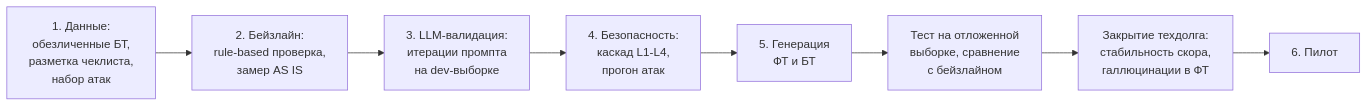
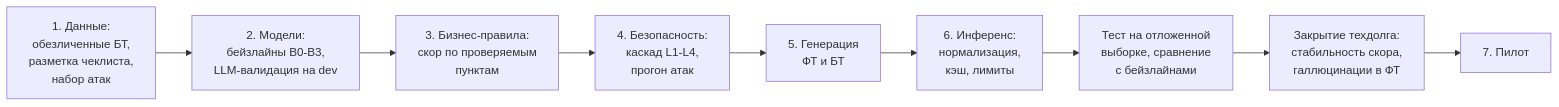
One commit to baton2809/ReqAssist2 changed the fourth of 5 diagrams in docs/ml_system_design_doc.md. Above: the diagram before and after it, drawn with Mermaid. The commit also changed other lines of this file and 1 other file, not shown here.

````diff
--- a/docs/ml_system_design_doc.md
+++ b/docs/ml_system_design_doc.md
@@ -340,10 +343,11 @@
 ```mermaid
 flowchart LR
-    S1[1. Данные:<br/>обезличенные БТ,<br/>разметка чеклиста,<br/>набор атак] --> S2[2. Бейзлайн:<br/>rule-based проверка,<br/>замер AS IS]
-    S2 --> S3[3. LLM-валидация:<br/>итерации промпта<br/>на dev-выборке]
+    S1[1. Данные:<br/>обезличенные БТ,<br/>разметка чеклиста,<br/>набор атак] --> S2[2. Модели:<br/>бейзлайны B0-B3,<br/>LLM-валидация на dev]
+    S2 --> S3[3. Бизнес-правила:<br/>скор по проверяемым<br/>пунктам]
     S3 --> S4[4. Безопасность:<br/>каскад L1-L4,<br/>прогон атак]
     S4 --> S5[5. Генерация<br/>ФТ и БТ]
-    S5 --> T[Тест на отложенной<br/>выборке, сравнение<br/>с бейзлайном]
+    S5 --> S6[6. Инференс:<br/>нормализация,<br/>кэш, лимиты]
+    S6 --> T[Тест на отложенной<br/>выборке, сравнение<br/>с бейзлайнами]
     T --> TD[Закрытие техдолга:<br/>стабильность скора,<br/>галлюцинации в ФТ]
-    TD --> P[6. Пилот]
+    TD --> P[7. Пилот]
 ```
````
